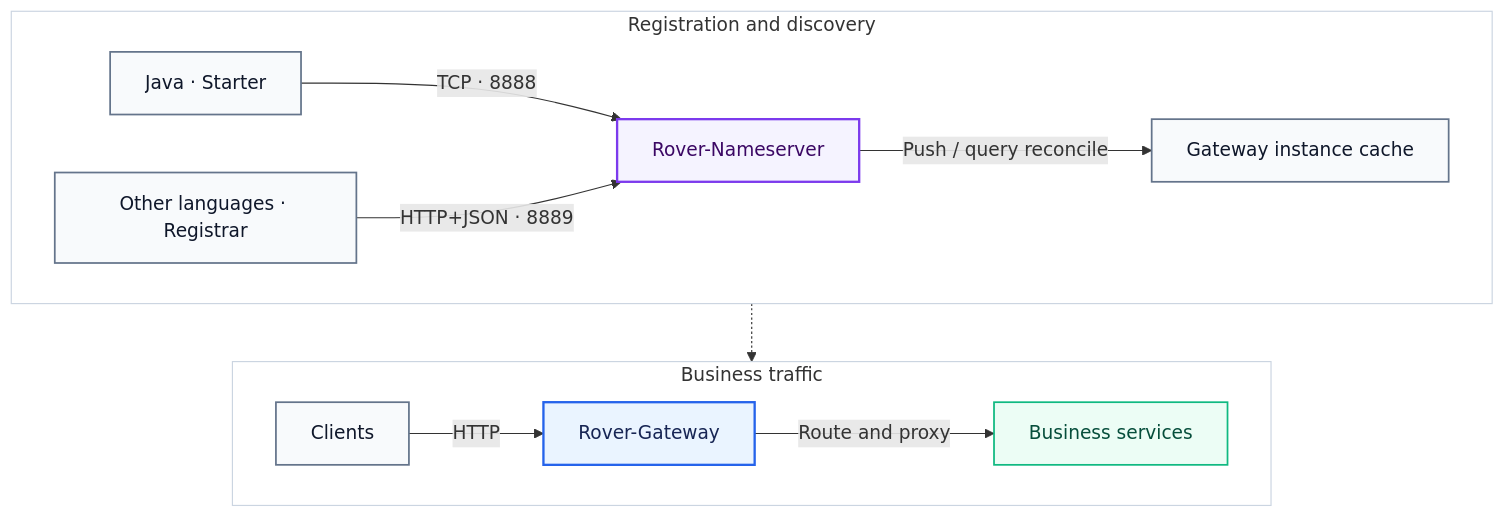
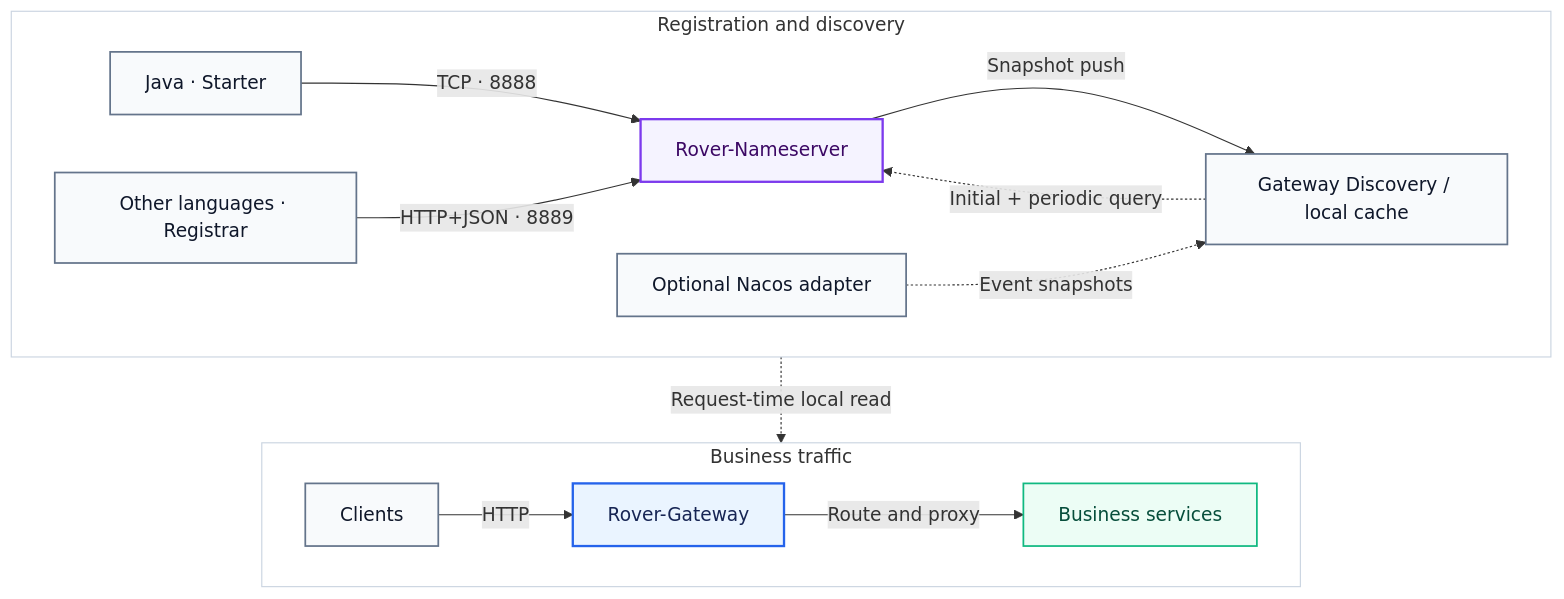
The first of 3 diagrams in docs-public/architecture.md (zzl-qz/Rover-Suite), drawn with Mermaid before and after one commit. The commit also changed other lines of this file and 14 other files, not shown here.

````diff
--- a/docs-public/architecture.md
+++ b/docs-public/architecture.md
@@ -53,28 +65,30 @@
 ```mermaid
 flowchart TB
     subgraph Traffic["Business traffic"]
         direction LR
         Client["Clients"] -->|"HTTP"| GW["Rover-Gateway"]
         GW -->|"Route and proxy"| Service["Business services"]
     end
 
     subgraph Control["Registration and discovery"]
         direction LR
         Java["Java · Starter"] -->|"TCP · 8888"| NS["Rover-Nameserver"]
         Other["Other languages · Registrar"] -->|"HTTP+JSON · 8889"| NS
-        NS -->|"Push / query reconcile"| Cache["Gateway instance cache"]
+        NS -->|"Snapshot push"| Cache["Gateway Discovery / local cache"]
+        Cache -.->|"Initial + periodic query"| NS
+        Nacos["Optional Nacos adapter"] -.->|"Event snapshots"| Cache
     end
 
-    Cache -.-> GW
+    Cache -.->|"Request-time local read"| GW
 
     classDef edge fill:#F8FAFC,stroke:#64748B,color:#0F172A,stroke-width:1.5px;
     classDef gateway fill:#EAF4FF,stroke:#2563EB,color:#172554,stroke-width:2px;
     classDef service fill:#ECFDF5,stroke:#10B981,color:#064E3B,stroke-width:1.5px;
     classDef registry fill:#F5F3FF,stroke:#7C3AED,color:#3B0764,stroke-width:2px;
-    class Client,Java,Other,Cache edge;
+    class Client,Java,Other,Cache,Nacos edge;
     class GW gateway;
     class Service service;
     class NS registry;
     style Traffic fill:#FFFFFF,stroke:#CBD5E1,stroke-width:1px;
     style Control fill:#FFFFFF,stroke:#CBD5E1,stroke-width:1px;
 ```
````
